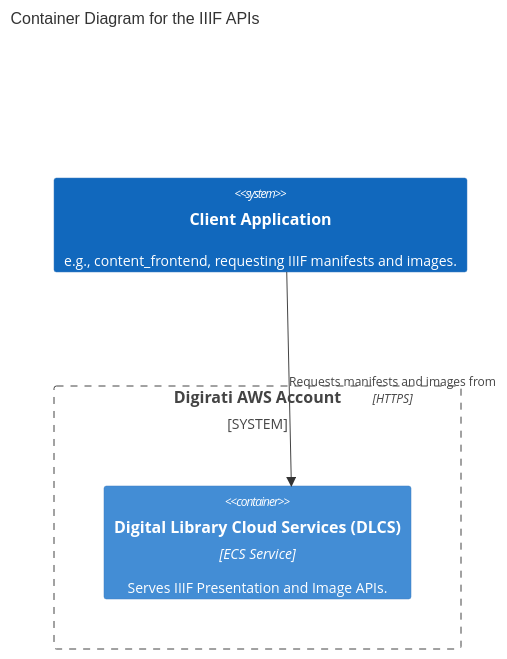
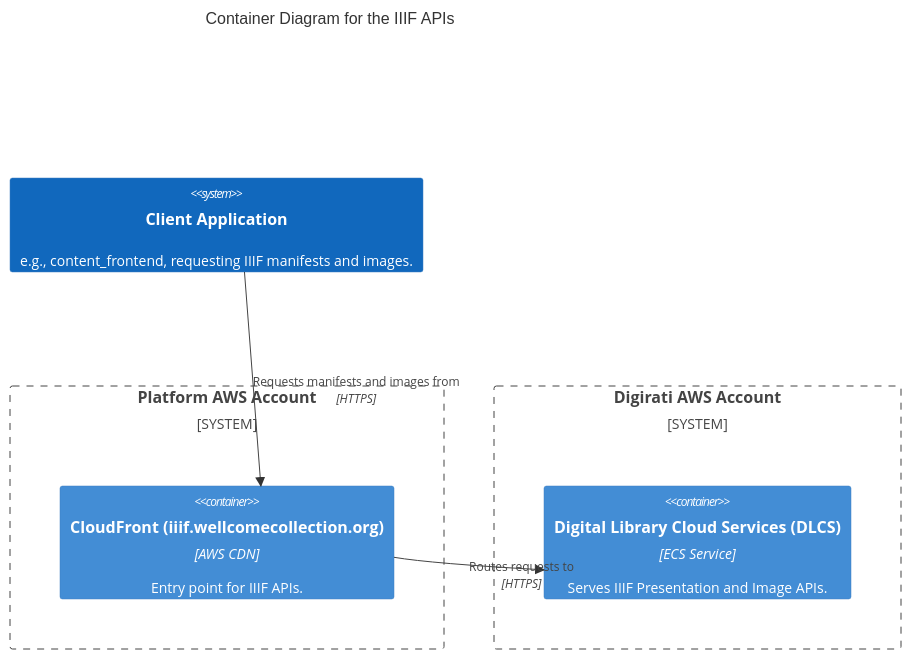
The diagram in architecture/services/apis/iiif.wellcomecollection.org.md (wellcomecollection/docs), drawn with Mermaid before and after one commit. The commit also changed 1 other file, not shown here.

Commit message:
improve iiif, add moh

````diff
--- a/architecture/services/apis/iiif.wellcomecollection.org.md
+++ b/architecture/services/apis/iiif.wellcomecollection.org.md
@@ -7,12 +7,17 @@
 ```mermaid
 C4Container
     title Container Diagram for the IIIF APIs
 
     System(client_app, "Client Application", "e.g., content_frontend, requesting IIIF manifests and images.")
 
+    System_Boundary(platform_account, "Platform AWS Account") {
+        Container(api_cloudfront, "CloudFront (iiif.wellcomecollection.org)", "AWS CDN", "Entry point for IIIF APIs.")
+    }
+
     System_Boundary(digirati_account, "Digirati AWS Account") {
         Container(dlcs, "Digital Library Cloud Services (DLCS)", "ECS Service", "Serves IIIF Presentation and Image APIs.")
     }
 
-    Rel(client_app, dlcs, "Requests manifests and images from", "HTTPS")
+    Rel(client_app, api_cloudfront, "Requests manifests and images from", "HTTPS")
+    Rel(api_cloudfront, dlcs, "Routes requests to", "HTTPS")
 ```
````
